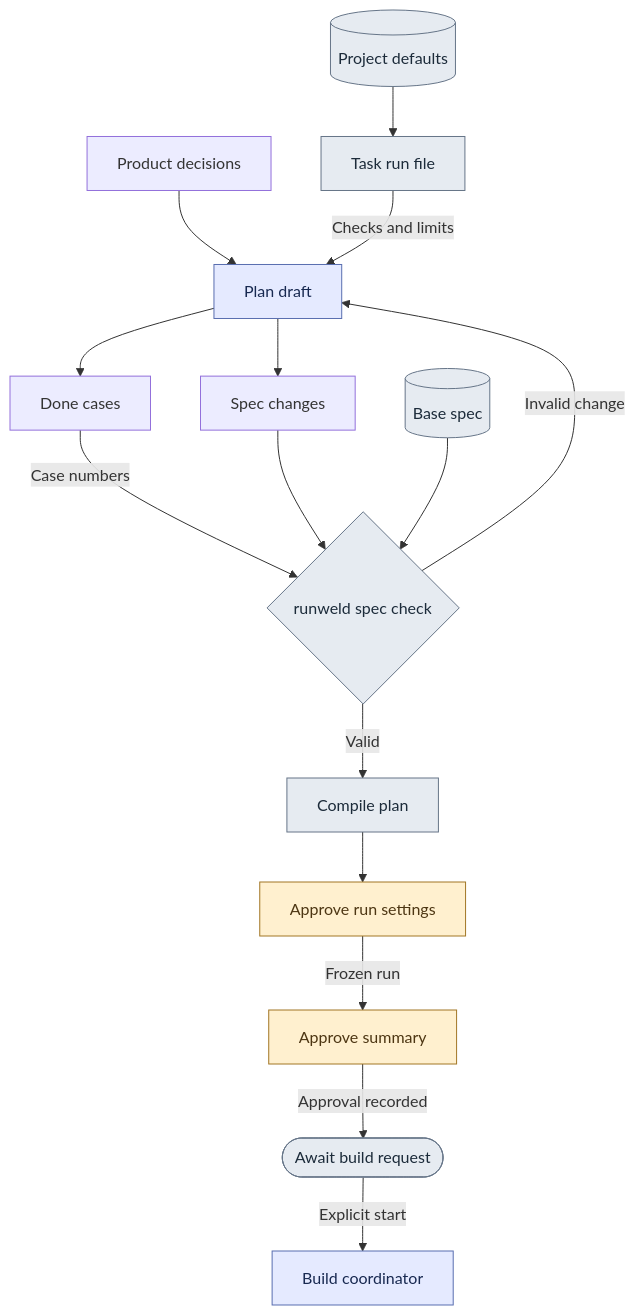
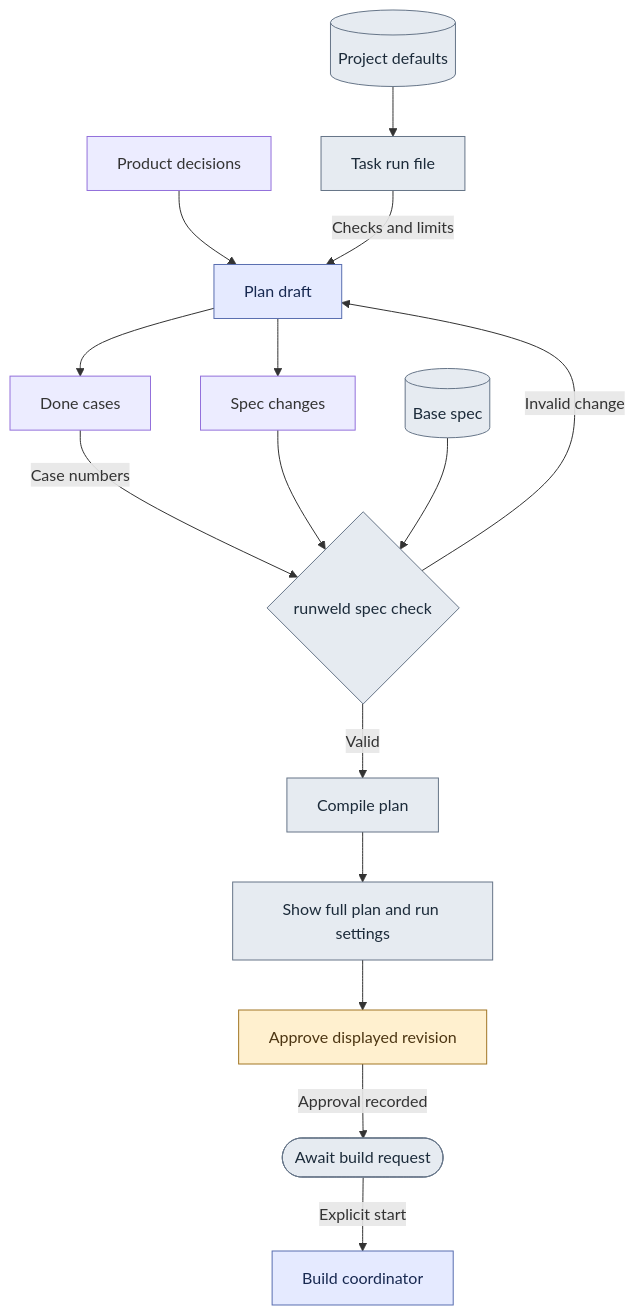
One commit to bmox0/dev-skills changed the second of 6 diagrams in README.md. Above: the diagram before and after it, drawn with Mermaid. The commit also changed other lines of this file and 4 other files, not shown here.

````diff
--- a/README.md
+++ b/README.md
@@ -97,20 +96,20 @@
 ```mermaid
 flowchart TD
     config[("Project defaults")]:::cli --> run["Task run file"]:::cli
     decisions["Product decisions"] --> plan["Plan draft"]:::primary
     run -->|"Checks and limits"| plan
     plan --> cases["Done cases"]
     plan --> delta["Spec changes"]
     cases -->|"Case numbers"| check{"runweld spec check"}:::cli
     delta --> check
     base[("Base spec")]:::cli --> check
     check -->|"Invalid change"| plan
     check -->|"Valid"| compile["Compile plan"]:::cli
-    compile --> approve["Approve run settings"]:::human
-    approve -->|"Frozen run"| summary["Approve summary"]:::human
-    summary -->|"Approval recorded"| wait(["Await build request"]):::cli
+    compile --> review["Show full plan and run settings"]:::cli
+    review --> approve["Approve displayed revision"]:::human
+    approve -->|"Approval recorded"| wait(["Await build request"]):::cli
     wait -->|"Explicit start"| coordinator["Build coordinator"]:::primary
     classDef primary fill:#e5eaff,stroke:#596eb0,color:#182951
     classDef cli fill:#e6ebf1,stroke:#667588,color:#1c2b3a
     classDef human fill:#fff0cf,stroke:#a27625,color:#4d3613
 ```
````
